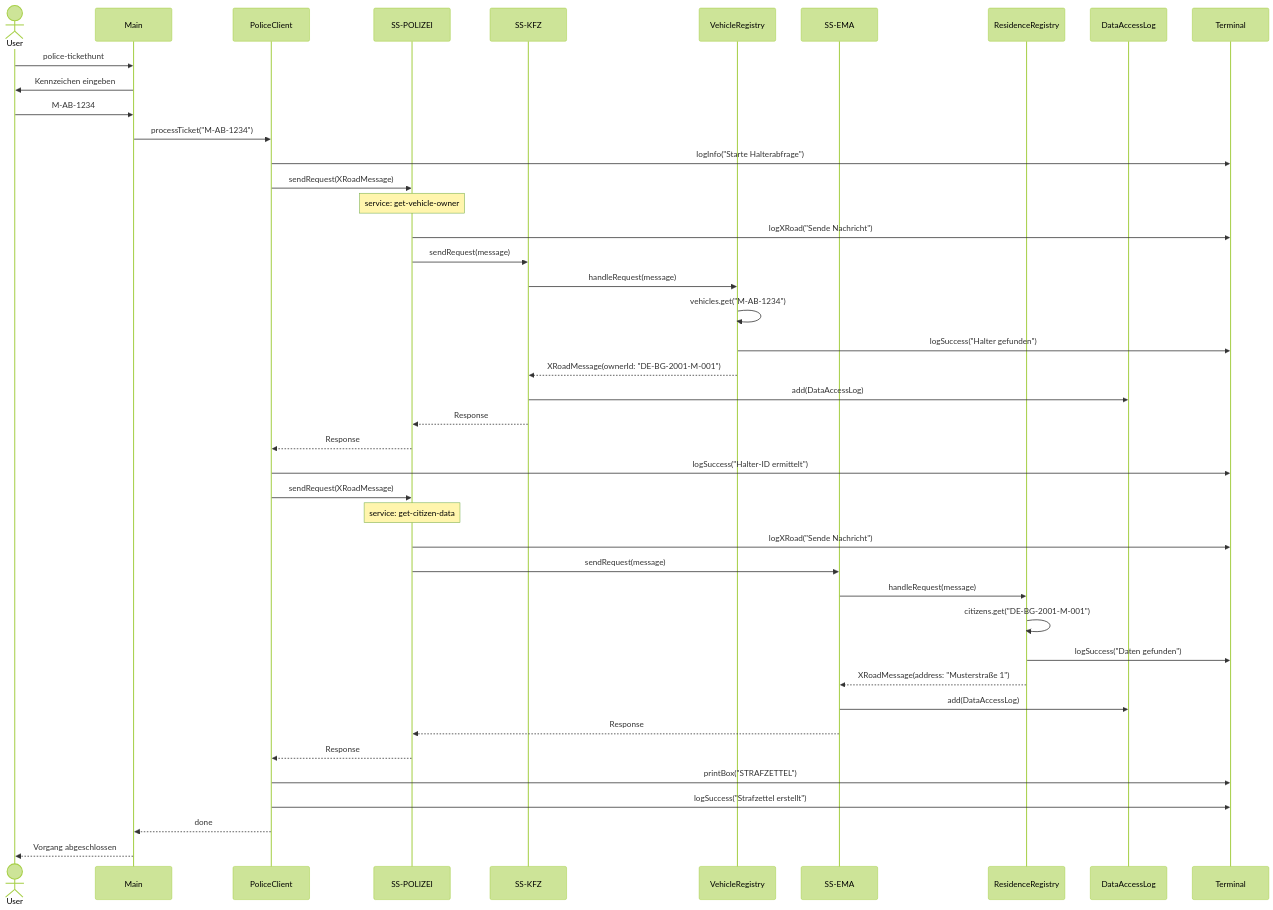
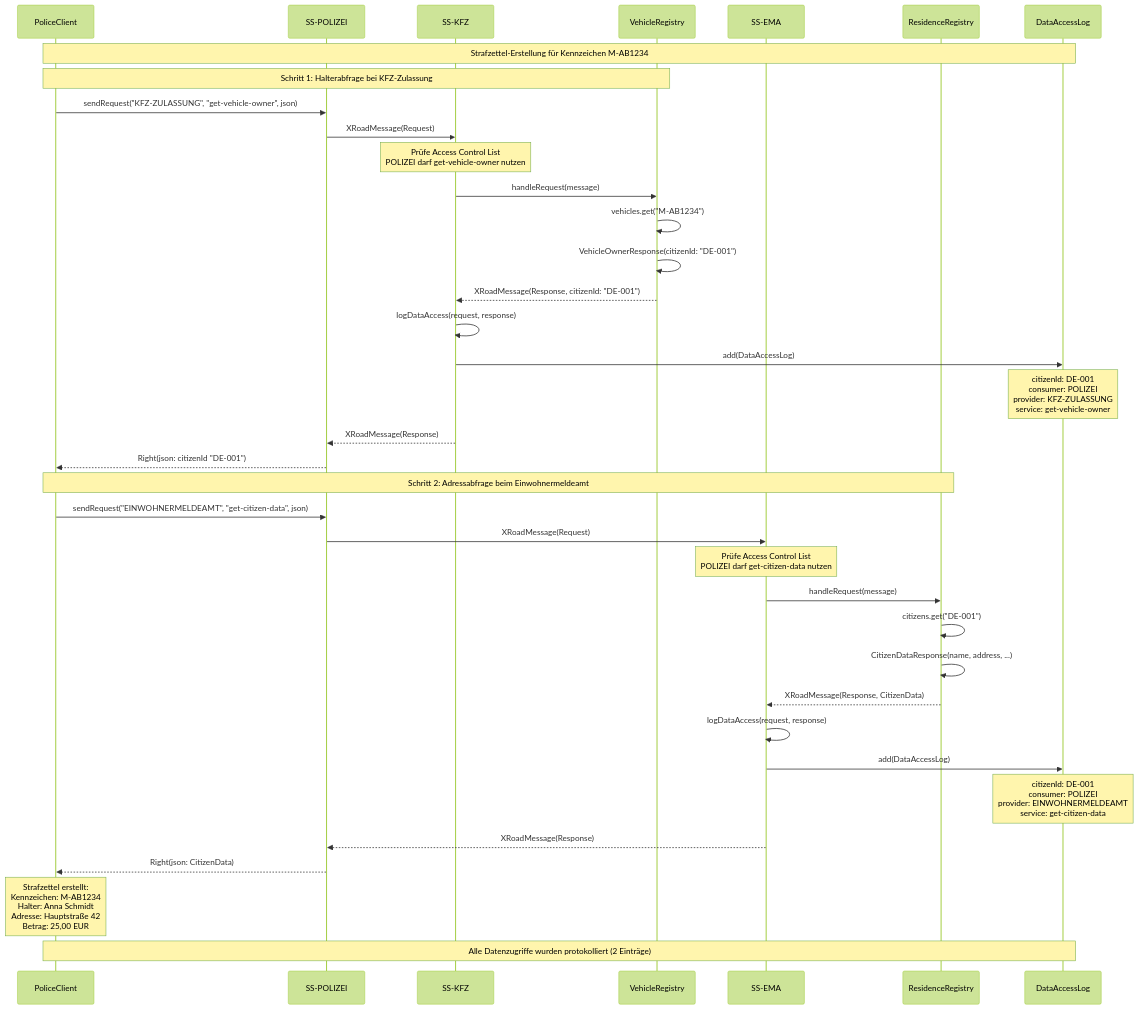
Before and after one commit to nkoeberlein/once-only-sim: the third of 6 diagrams in diagramms/CLASS-DIAGRAM.md, drawn with Mermaid (forest theme). The commit also changed other lines of this file and 3 other files, not shown here.

Commit message:
Update class diagram

````diff
--- a/diagramms/CLASS-DIAGRAM.md
+++ b/diagramms/CLASS-DIAGRAM.md
@@ -291,49 +367,59 @@
 ```mermaid
 sequenceDiagram
-    actor User
-    participant Main
     participant Police as PoliceClient
     participant SS_P as SS-POLIZEI
     participant SS_K as SS-KFZ
     participant VR as VehicleRegistry
     participant SS_E as SS-EMA
     participant RR as ResidenceRegistry
     participant Log as DataAccessLog
-    participant Term as Terminal
 
-    User->>Main: police-tickethunt
-    Main->>User: Kennzeichen eingeben
-    User->>Main: M-AB-1234
-    Main->>Police: processTicket("M-AB-1234")
-    
-    Police->>Term: logInfo("Starte Halterabfrage")
-    Police->>SS_P: sendRequest(XRoadMessage)
-    Note over SS_P: service: get-vehicle-owner
-    SS_P->>Term: logXRoad("Sende Nachricht")
-    SS_P->>SS_K: sendRequest(message)
+    Note over Police,Log: Strafzettel-Erstellung für Kennzeichen M-AB1234
+
+%% === SCHRITT 1: Halterabfrage ===
+    Note over Police,VR: Schritt 1: Halterabfrage bei KFZ-Zulassung
+
+    Police->>SS_P: sendRequest("KFZ-ZULASSUNG", "get-vehicle-owner", json)
+
+    SS_P->>SS_K: XRoadMessage(Request)
+
+    Note over SS_K: Prüfe Access Control List<br/>POLIZEI darf get-vehicle-owner nutzen
     SS_K->>VR: handleRequest(message)
-    VR->>VR: vehicles.get("M-AB-1234")
-    VR->>Term: logSuccess("Halter gefunden")
-    VR-->>SS_K: XRoadMessage(ownerId: "DE-BG-2001-M-001")
+
+    VR->>VR: vehicles.get("M-AB1234")
+    VR->>VR: VehicleOwnerResponse(citizenId: "DE-001")
+    VR-->>SS_K: XRoadMessage(Response, citizenId: "DE-001")
+
+    SS_K->>SS_K: logDataAccess(request, response)
     SS_K->>Log: add(DataAccessLog)
-    SS_K-->>SS_P: Response
-    SS_P-->>Police: Response
-    
-    Police->>Term: logSuccess("Halter-ID ermittelt")
-    Police->>SS_P: sendRequest(XRoadMessage)
-    Note over SS_P: service: get-citizen-data
-    SS_P->>Term: logXRoad("Sende Nachricht")
-    SS_P->>SS_E: sendRequest(message)
+    Note over Log: citizenId: DE-001<br/>consumer: POLIZEI<br/>provider: KFZ-ZULASSUNG<br/>service: get-vehicle-owner
+
+    SS_K-->>SS_P: XRoadMessage(Response)
+    SS_P-->>Police: Right(json: citizenId "DE-001")
+
+%% === SCHRITT 2: Adressabfrage ===
+    Note over Police,RR: Schritt 2: Adressabfrage beim Einwohnermeldeamt
+
+    Police->>SS_P: sendRequest("EINWOHNERMELDEAMT", "get-citizen-data", json)
+
+    SS_P->>SS_E: XRoadMessage(Request)
+
+    Note over SS_E: Prüfe Access Control List<br/>POLIZEI darf get-citizen-data nutzen
     SS_E->>RR: handleRequest(message)
-    RR->>RR: citizens.get("DE-BG-2001-M-001")
-    RR->>Term: logSuccess("Daten gefunden")
-    RR-->>SS_E: XRoadMessage(address: "Musterstraße 1")
+
+    RR->>RR: citizens.get("DE-001")
+    RR->>RR: CitizenDataResponse(name, address, ...)
+    RR-->>SS_E: XRoadMessage(Response, CitizenData)
+
+    SS_E->>SS_E: logDataAccess(request, response)
     SS_E->>Log: add(DataAccessLog)
-    SS_E-->>SS_P: Response
-    SS_P-->>Police: Response
-    
-    Police->>Term: printBox("STRAFZETTEL")
-    Police->>Term: logSuccess("Strafzettel erstellt")
-    Police-->>Main: done
-    Main-->>User: Vorgang abgeschlossen
+    Note over Log: citizenId: DE-001<br/>consumer: POLIZEI<br/>provider: EINWOHNERMELDEAMT<br/>service: get-citizen-data
+
+    SS_E-->>SS_P: XRoadMessage(Response)
+    SS_P-->>Police: Right(json: CitizenData)
+
+%% === SCHRITT 3: Verarbeitung ===
+    Note over Police: Strafzettel erstellt:<br/>Kennzeichen: M-AB1234<br/>Halter: Anna Schmidt<br/>Adresse: Hauptstraße 42<br/>Betrag: 25,00 EUR
+
+    Note over Police,Log: Alle Datenzugriffe wurden protokolliert (2 Einträge)
 ```
````
